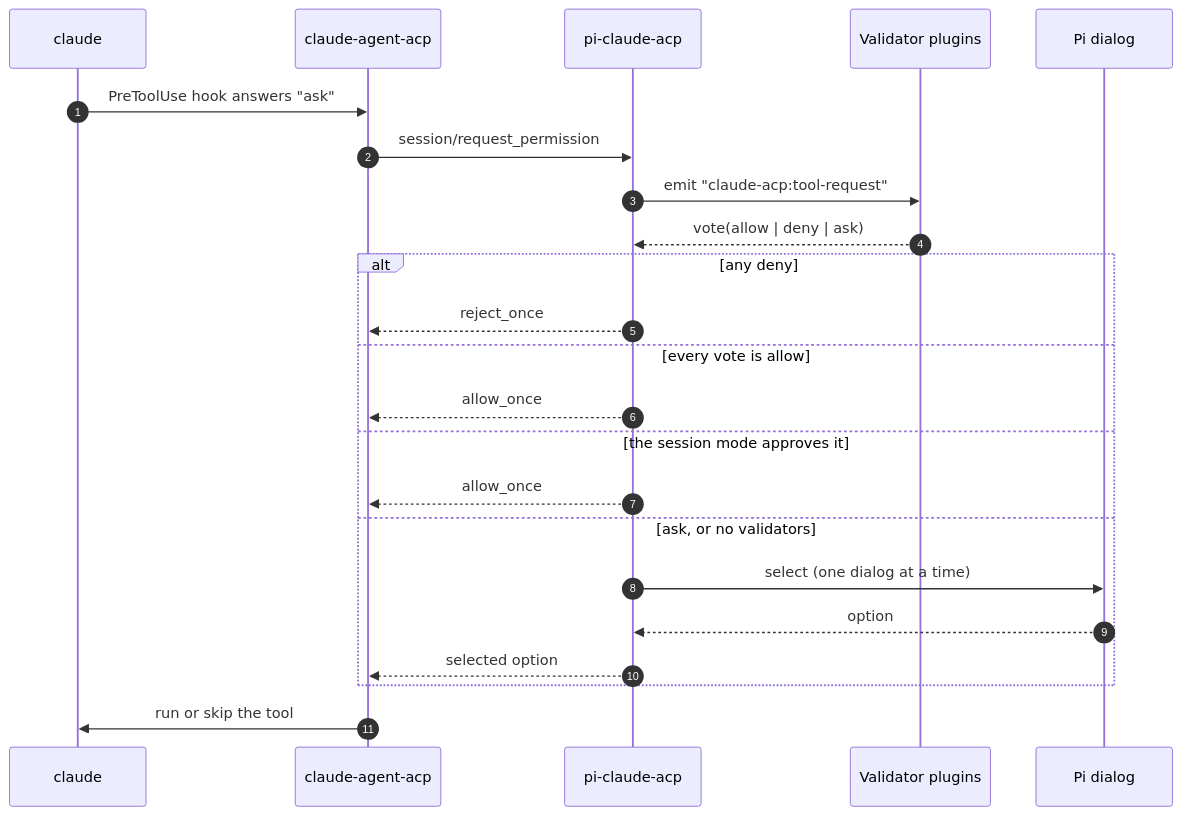
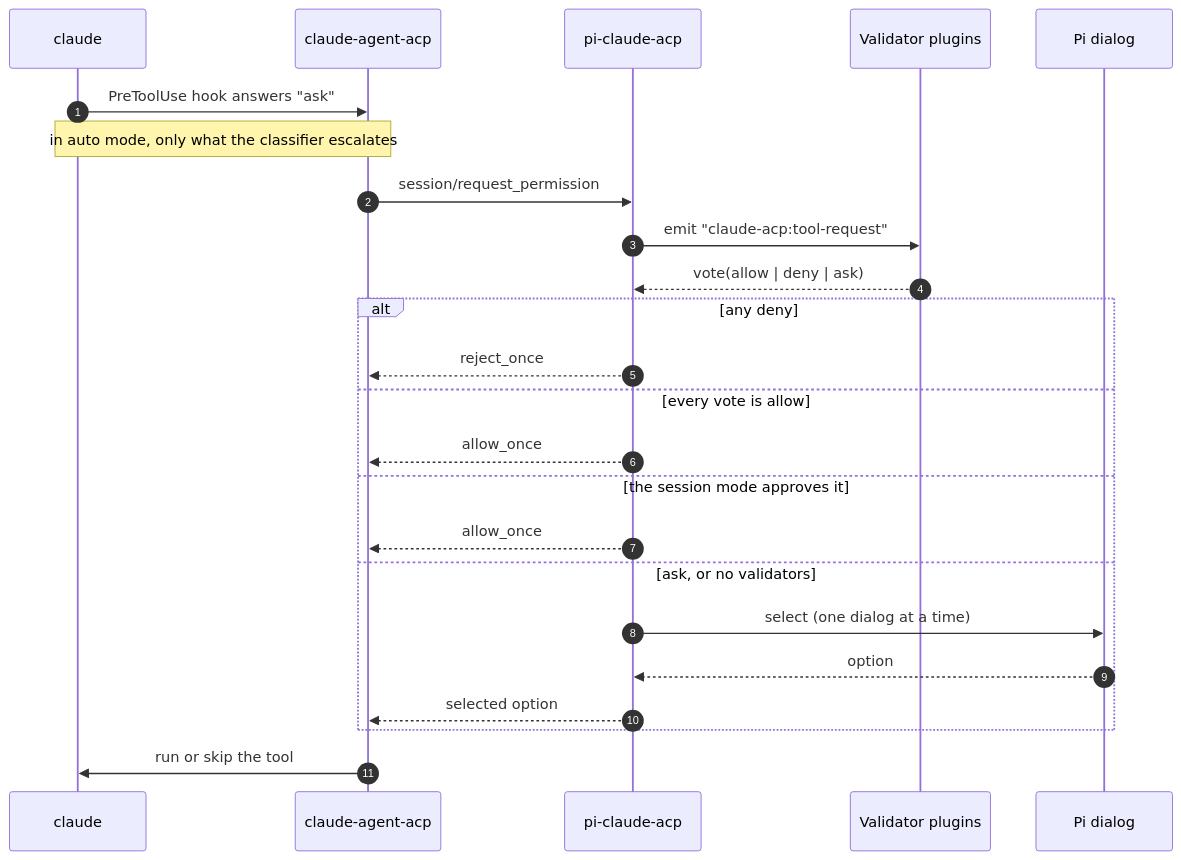
One commit to josemartinrodriguezmortaloni/pi-claude-acp changed the third of 5 diagrams in README.md. Above: the diagram before and after it, drawn with Mermaid. The commit also changed other lines of this file, not shown here.

First line of the commit message:
docs: say where auto mode skips Pi's approval

````diff
--- a/README.md
+++ b/README.md
@@ -210,26 +210,27 @@
 ```mermaid
 sequenceDiagram
     autonumber
     participant CC as claude
     participant ACP as claude-agent-acp
     participant Ext as pi-claude-acp
     participant Val as Validator plugins
     participant UI as Pi dialog
 
     CC->>ACP: PreToolUse hook answers "ask"
+    Note over CC,ACP: in auto mode, only what the classifier escalates
     ACP->>Ext: session/request_permission
     Ext->>Val: emit "claude-acp:tool-request"
     Val-->>Ext: vote(allow | deny | ask)
     alt any deny
         Ext-->>ACP: reject_once
     else every vote is allow
         Ext-->>ACP: allow_once
     else the session mode approves it
         Ext-->>ACP: allow_once
     else ask, or no validators
         Ext->>UI: select (one dialog at a time)
         UI-->>Ext: option
         Ext-->>ACP: selected option
     end
     ACP->>CC: run or skip the tool
 ```
````
